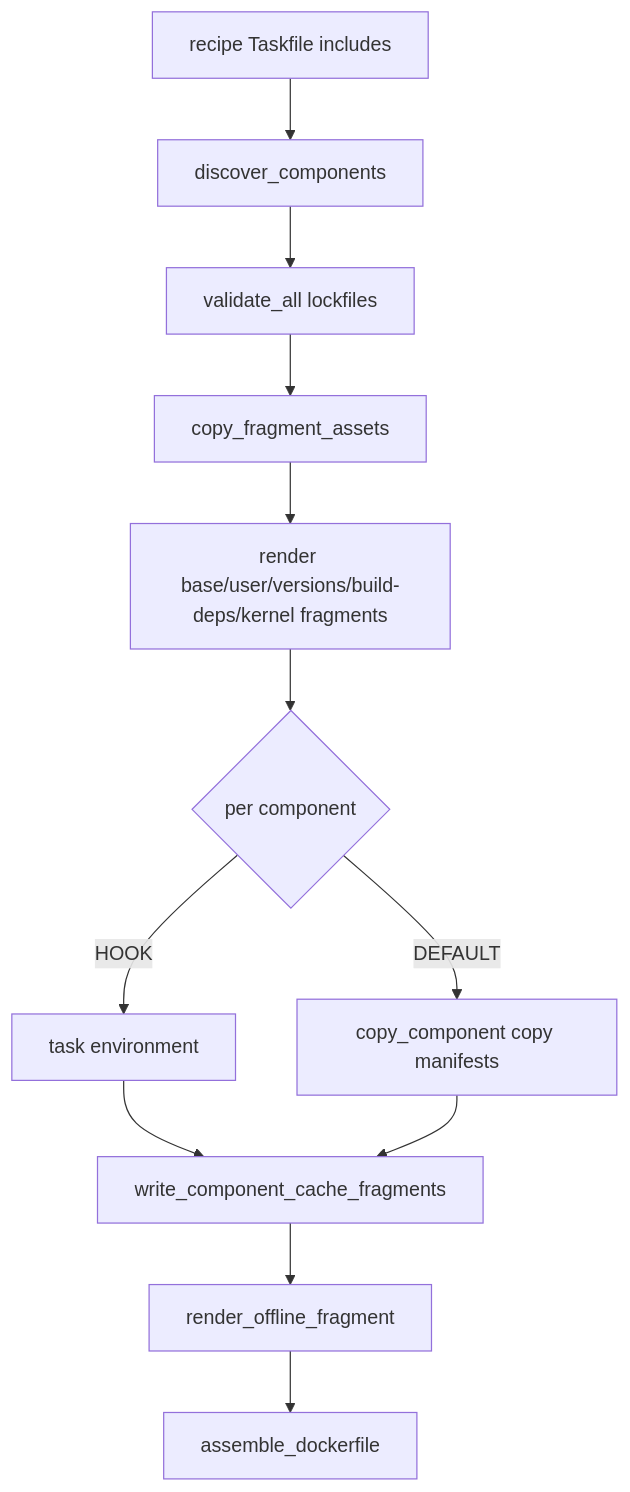
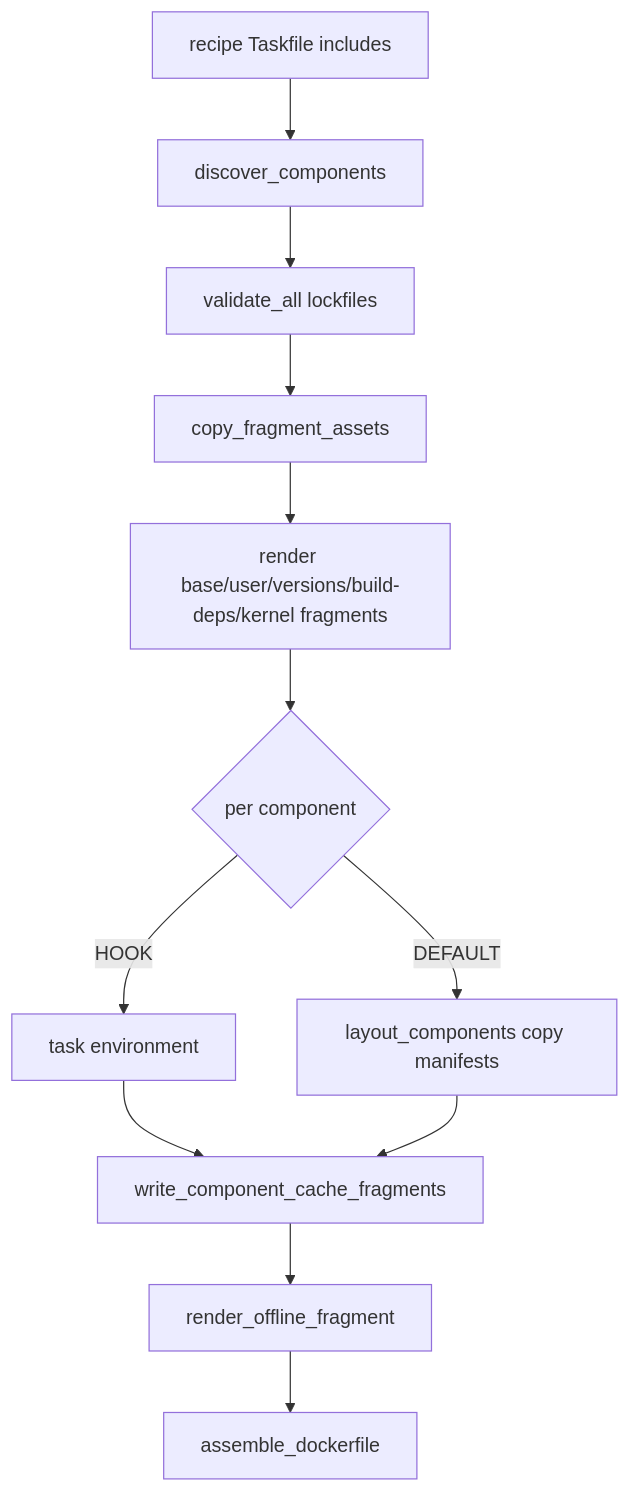
Before and after one commit to datarobot-oss/dr-environment: the diagram in AGENTS.md, drawn with Mermaid. The commit also changed other lines of this file and 24 other files, not shown here.

````diff
--- a/AGENTS.md
+++ b/AGENTS.md
@@ -71,14 +71,14 @@
 ```mermaid
 flowchart TD
     A[recipe Taskfile includes] --> B[discover_components]
     B --> C[validate_all lockfiles]
     C --> D[copy_fragment_assets]
     D --> E[render base/user/versions/build-deps/kernel fragments]
     E --> F{per component}
     F -->|HOOK| G[task environment]
-    F -->|DEFAULT| H[copy_component copy manifests]
+    F -->|DEFAULT| H[layout_components copy manifests]
     G --> I[write_component_cache_fragments]
     H --> I
     I --> J[render_offline_fragment]
     J --> K[assemble_dockerfile]
 ```
````
